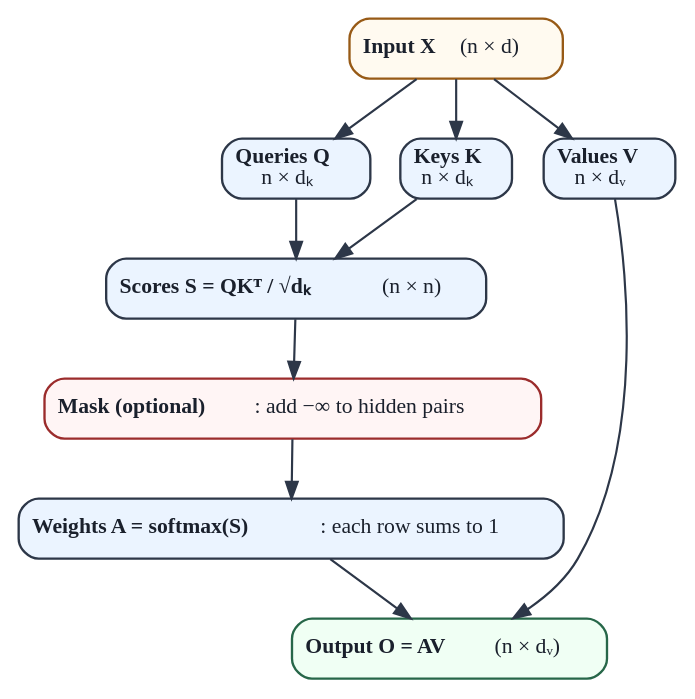
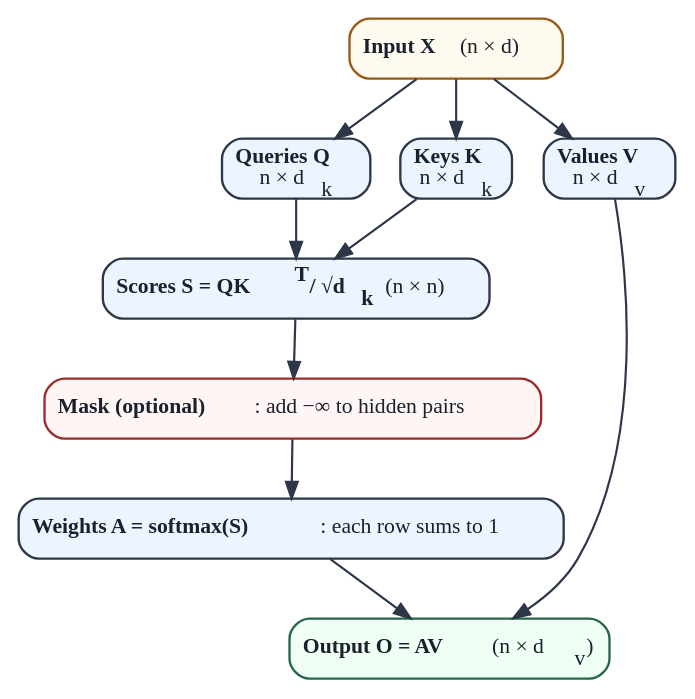
One commit to Beaker12/llmatlas changed the diagram in chapters/01-foundations/figures/scaled_dot_product_attention.dot. Above: the diagram before and after it, drawn with Graphviz. The commit also changed 22 other files, not shown here.

```diff
--- a/chapters/01-foundations/figures/scaled_dot_product_attention.dot
+++ b/chapters/01-foundations/figures/scaled_dot_product_attention.dot
@@ -1,22 +1,22 @@
 digraph ScaledDotProductAttention {
     graph [fontname="Arial" fontsize=13 bgcolor=white];
 
     x [label=<<b>Input X</b>  (n × d)> shape=box style="rounded,filled" fillcolor="#fffaf0" color="#975a16" penwidth=1.4 fontsize=13 fontcolor="#1a202c"];
-    q [label=<<b>Queries Q</b><br/>n × dₖ> shape=box style="rounded,filled" fillcolor="#ebf4ff" color="#2d3748" penwidth=1.4 fontsize=13 fontcolor="#1a202c"];
-    k [label=<<b>Keys K</b><br/>n × dₖ> shape=box style="rounded,filled" fillcolor="#ebf4ff" color="#2d3748" penwidth=1.4 fontsize=13 fontcolor="#1a202c"];
-    v [label=<<b>Values V</b><br/>n × dᵥ> shape=box style="rounded,filled" fillcolor="#ebf4ff" color="#2d3748" penwidth=1.4 fontsize=13 fontcolor="#1a202c"];
+    q [label=<<b>Queries Q</b><br/>n × d<sub>k</sub>> shape=box style="rounded,filled" fillcolor="#ebf4ff" color="#2d3748" penwidth=1.4 fontsize=13 fontcolor="#1a202c"];
+    k [label=<<b>Keys K</b><br/>n × d<sub>k</sub>> shape=box style="rounded,filled" fillcolor="#ebf4ff" color="#2d3748" penwidth=1.4 fontsize=13 fontcolor="#1a202c"];
+    v [label=<<b>Values V</b><br/>n × d<sub>v</sub>> shape=box style="rounded,filled" fillcolor="#ebf4ff" color="#2d3748" penwidth=1.4 fontsize=13 fontcolor="#1a202c"];
     { rank=same; q; k; v; }
-    s [label=<<b>Scores S = QKᵀ / √dₖ</b>   (n × n)> shape=box style="rounded,filled" fillcolor="#ebf4ff" color="#2d3748" penwidth=1.4 fontsize=13 fontcolor="#1a202c"];
+    s [label=<<b>Scores S = QK<sup>T</sup> / √d<sub>k</sub></b>   (n × n)> shape=box style="rounded,filled" fillcolor="#ebf4ff" color="#2d3748" penwidth=1.4 fontsize=13 fontcolor="#1a202c"];
     m [label=<<b>Mask (optional)</b>: add −∞ to hidden pairs> shape=box style="rounded,filled" fillcolor="#fff5f5" color="#9b2c2c" penwidth=1.4 fontsize=13 fontcolor="#1a202c"];
     a [label=<<b>Weights A = softmax(S)</b>: each row sums to 1> shape=box style="rounded,filled" fillcolor="#ebf4ff" color="#2d3748" penwidth=1.4 fontsize=13 fontcolor="#1a202c"];
-    o [label=<<b>Output O = AV</b>   (n × dᵥ)> shape=box style="rounded,filled" fillcolor="#f0fff4" color="#276749" penwidth=1.4 fontsize=13 fontcolor="#1a202c"];
+    o [label=<<b>Output O = AV</b>   (n × d<sub>v</sub>)> shape=box style="rounded,filled" fillcolor="#f0fff4" color="#276749" penwidth=1.4 fontsize=13 fontcolor="#1a202c"];
     x -> q [color="#2d3748" penwidth=1.3 fontsize=12 fontcolor="#1a202c"];
     x -> k [color="#2d3748" penwidth=1.3 fontsize=12 fontcolor="#1a202c"];
     x -> v [color="#2d3748" penwidth=1.3 fontsize=12 fontcolor="#1a202c"];
     q -> s [color="#2d3748" penwidth=1.3 fontsize=12 fontcolor="#1a202c"];
     k -> s [color="#2d3748" penwidth=1.3 fontsize=12 fontcolor="#1a202c"];
     s -> m [color="#2d3748" penwidth=1.3 fontsize=12 fontcolor="#1a202c"];
     m -> a [color="#2d3748" penwidth=1.3 fontsize=12 fontcolor="#1a202c"];
     a -> o [color="#2d3748" penwidth=1.3 fontsize=12 fontcolor="#1a202c"];
     v -> o [color="#2d3748" penwidth=1.3 fontsize=12 fontcolor="#1a202c"];
 }
```
